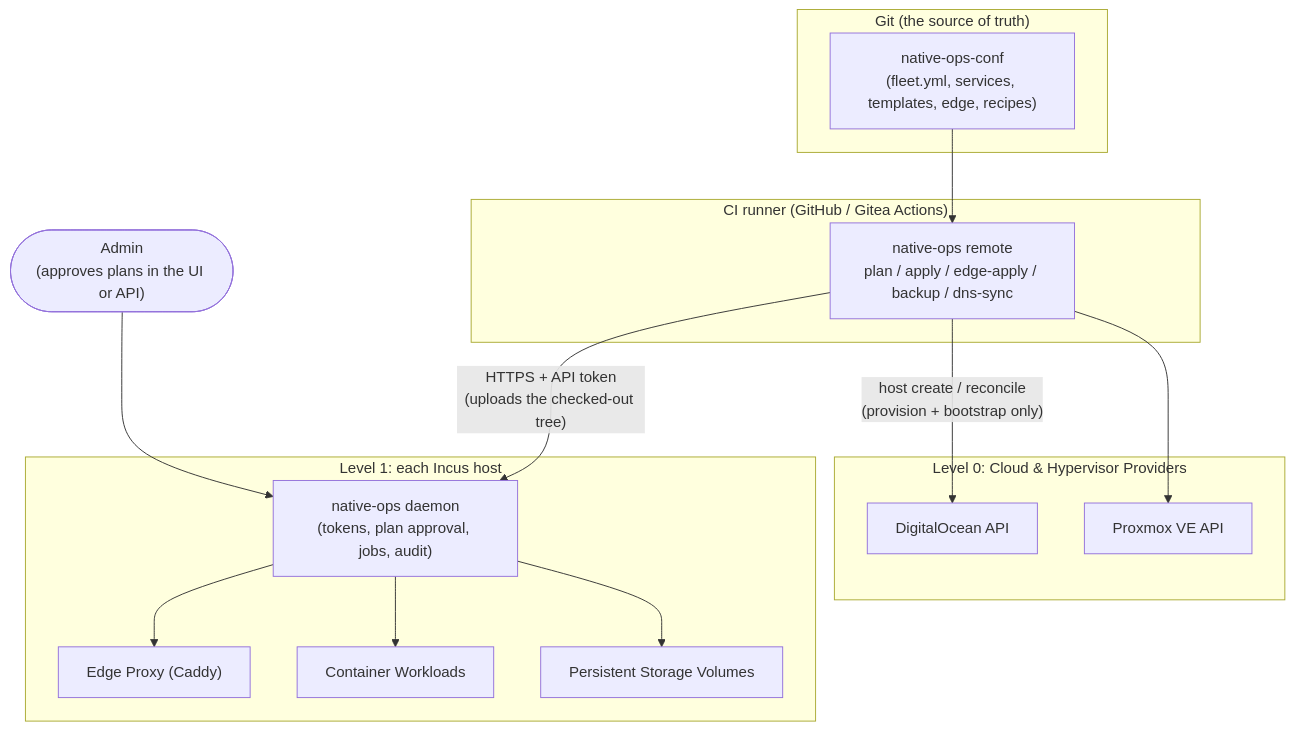
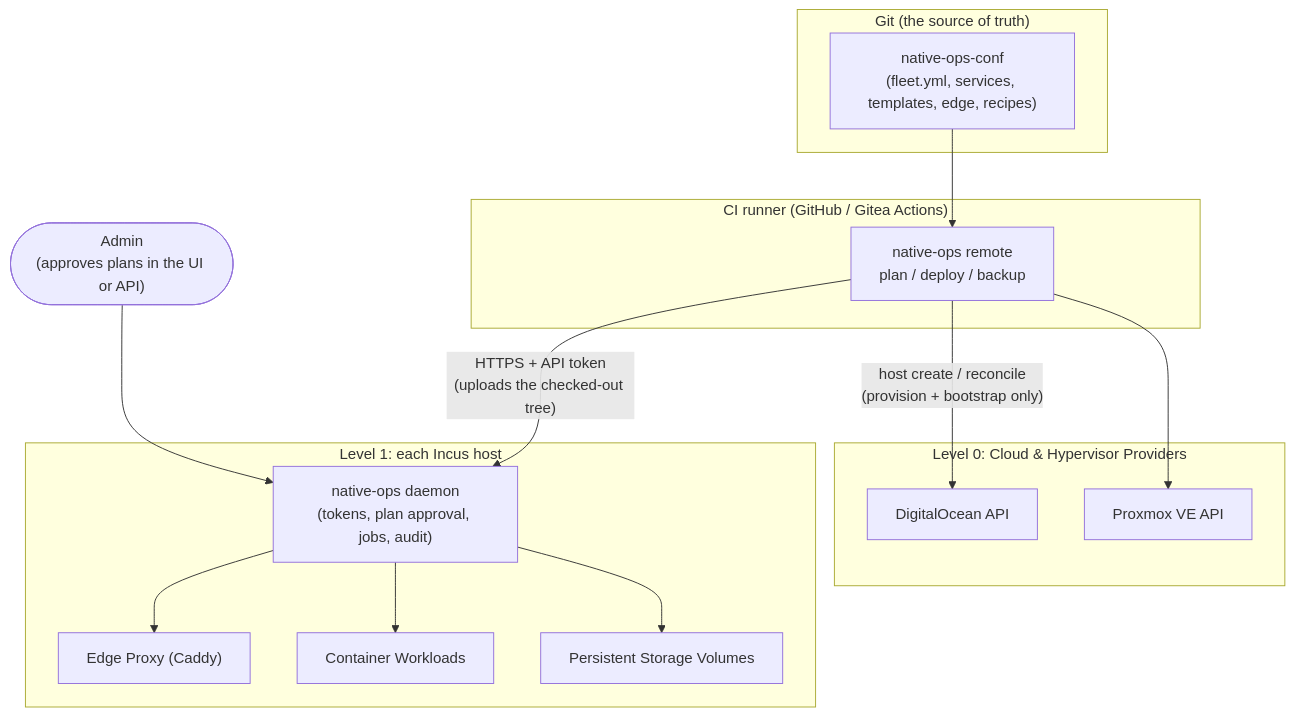
One commit to theta42/native-ops changed the diagram in README.md. Above: the diagram before and after it, drawn with Mermaid. The commit also changed other lines of this file and 27 other files, not shown here.

````diff
--- a/README.md
+++ b/README.md
@@ -26,33 +26,33 @@
 ```mermaid
 flowchart TD
     subgraph Git ["Git (the source of truth)"]
         CONF["native-ops-conf\n(fleet.yml, services, templates, edge, recipes)"]
     end
 
     subgraph CI ["CI runner (GitHub / Gitea Actions)"]
-        CLI["native-ops remote\nplan / apply / edge-apply / backup / dns-sync"]
+        CLI["native-ops remote\nplan / deploy / backup"]
     end
 
     subgraph L0 ["Level 0: Cloud & Hypervisor Providers"]
         DO["DigitalOcean API"]
         PVE["Proxmox VE API"]
     end
 
     subgraph L1 ["Level 1: each Incus host"]
         D["native-ops daemon\n(tokens, plan approval, jobs, audit)"]
         EDGE["Edge Proxy (Caddy)"]
         CONTAINERS["Container Workloads"]
         VOLUMES["Persistent Storage Volumes"]
     end
 
     ADMIN(["Admin\n(approves plans in the UI or API)"])
 
     CONF --> CLI
     CLI -->|"HTTPS + API token\n(uploads the checked-out tree)"| D
     CLI -->|"host create / reconcile\n(provision + bootstrap only)"| DO
     CLI --> PVE
     ADMIN --> D
     D --> EDGE
     D --> CONTAINERS
     D --> VOLUMES
 ```
````
